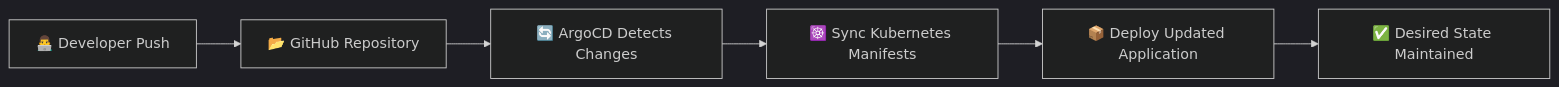
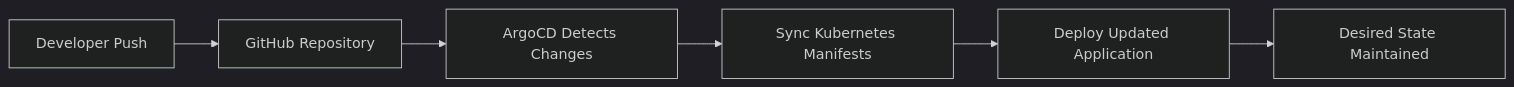
One commit to zakyaakram/CloudDevOpsProject changed the third of 3 diagrams in README.md. Above: the diagram before and after it, drawn with Mermaid. The commit also changed other lines of this file, not shown here.

````diff
--- a/README.md
+++ b/README.md
@@ -261,14 +261,14 @@
 ```mermaid
 %%{init: {'theme':'dark'}}%%
 flowchart LR
 
-A[👨‍💻 Developer Push] --> B[📂 GitHub Repository]
+A[ Developer Push] --> B[ GitHub Repository]
 
-B --> C[🔄 ArgoCD Detects Changes]
+B --> C[ ArgoCD Detects Changes]
 
-C --> D[☸️ Sync Kubernetes Manifests]
+C --> D[ Sync Kubernetes Manifests]
 
-D --> E[📦 Deploy Updated Application]
+D --> E[ Deploy Updated Application]
 
-E --> F[✅ Desired State Maintained]
+E --> F[ Desired State Maintained]
 ```
````
